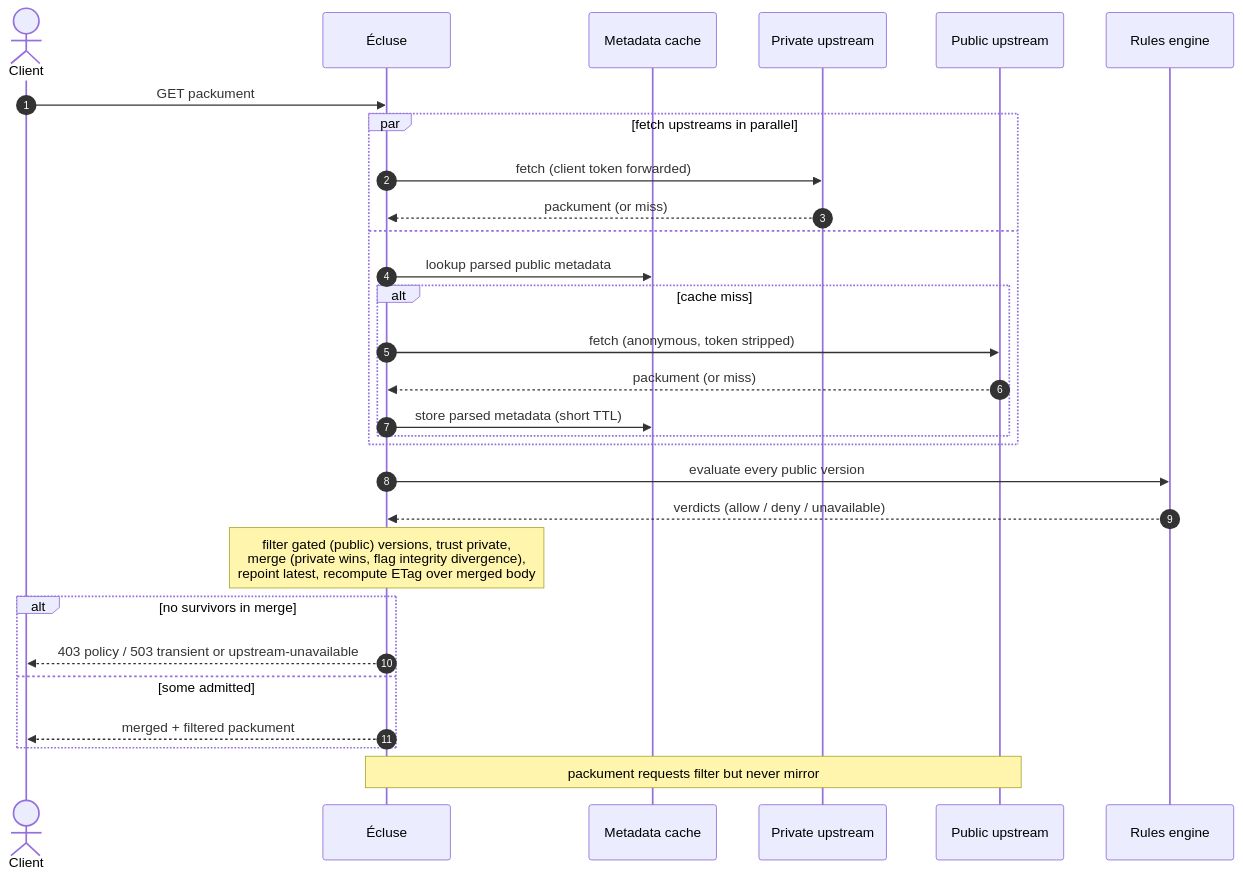
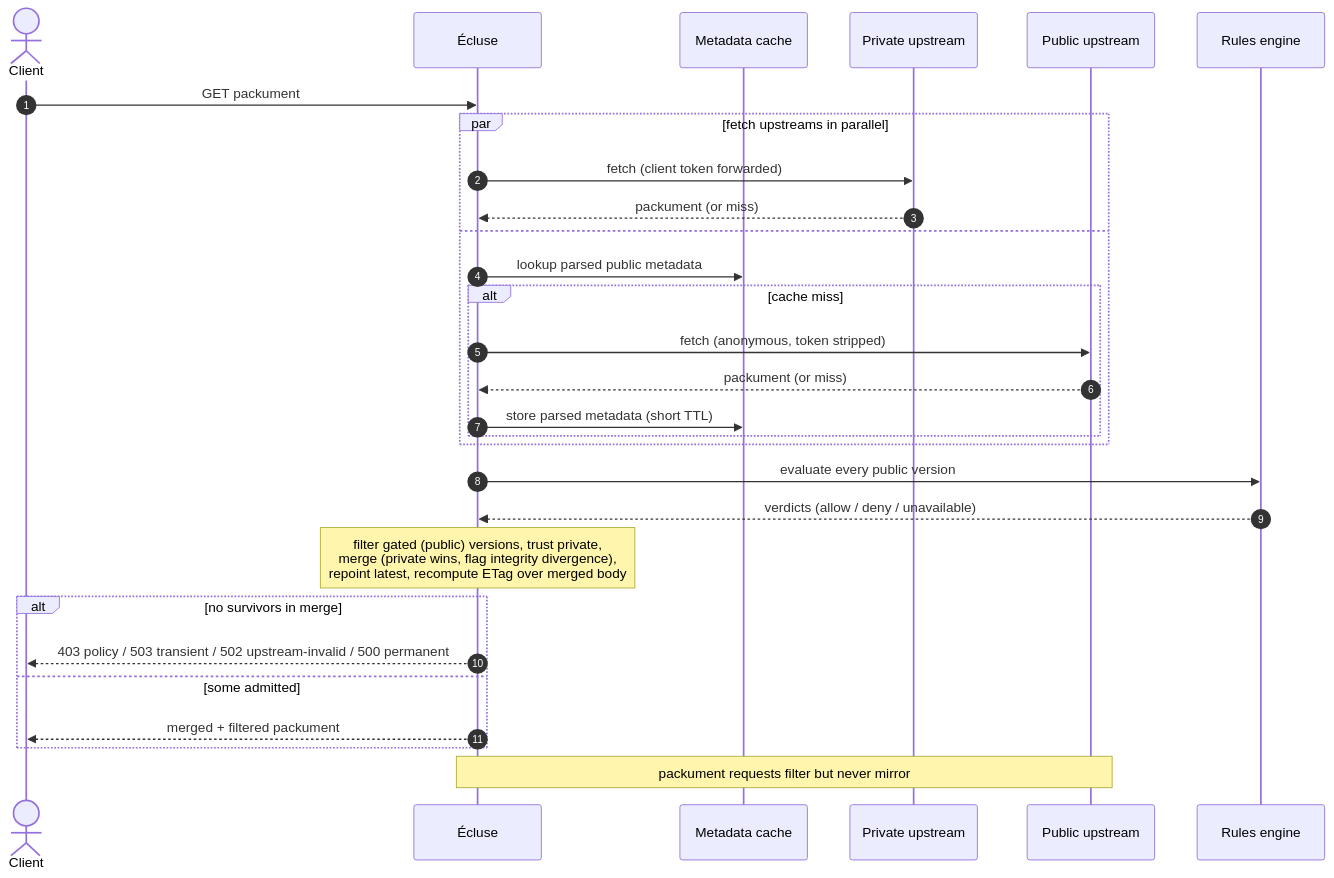
One commit to AlexaDeWit/Ecluse changed the third of 3 diagrams in docs/architecture/registry-model.md. Above: the diagram before and after it, drawn with Mermaid. The commit also changed other lines of this file and 18 other files, not shown here.

````diff
--- a/docs/architecture/registry-model.md
+++ b/docs/architecture/registry-model.md
@@ -218,32 +218,32 @@
 ```mermaid
 sequenceDiagram
     autonumber
     actor Client
     participant E as Écluse
     participant Cache as Metadata cache
     participant Priv as Private upstream
     participant Pub as Public upstream
     participant Rules as Rules engine
 
     Client->>E: GET packument
     par fetch upstreams in parallel
         E->>Priv: fetch (client token forwarded)
         Priv-->>E: packument (or miss)
     and
         E->>Cache: lookup parsed public metadata
         alt cache miss
             E->>Pub: fetch (anonymous, token stripped)
             Pub-->>E: packument (or miss)
             E->>Cache: store parsed metadata (short TTL)
         end
     end
     E->>Rules: evaluate every public version
     Rules-->>E: verdicts (allow / deny / unavailable)
     Note over E: filter gated (public) versions, trust private,<br/>merge (private wins, flag integrity divergence),<br/>repoint latest, recompute ETag over merged body
     alt no survivors in merge
-        E-->>Client: 403 policy / 503 transient or upstream-unavailable
+        E-->>Client: 403 policy / 503 transient / 502 upstream-invalid / 500 permanent
     else some admitted
         E-->>Client: merged + filtered packument
     end
     Note over E,Pub: packument requests filter but never mirror
 ```
````
